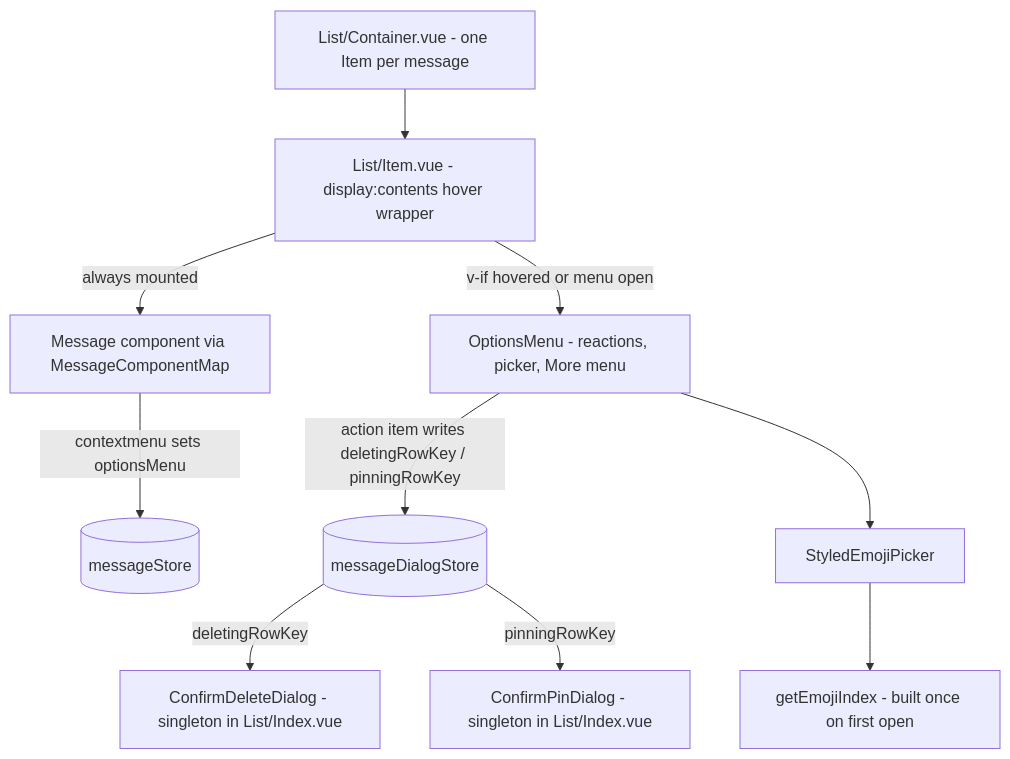
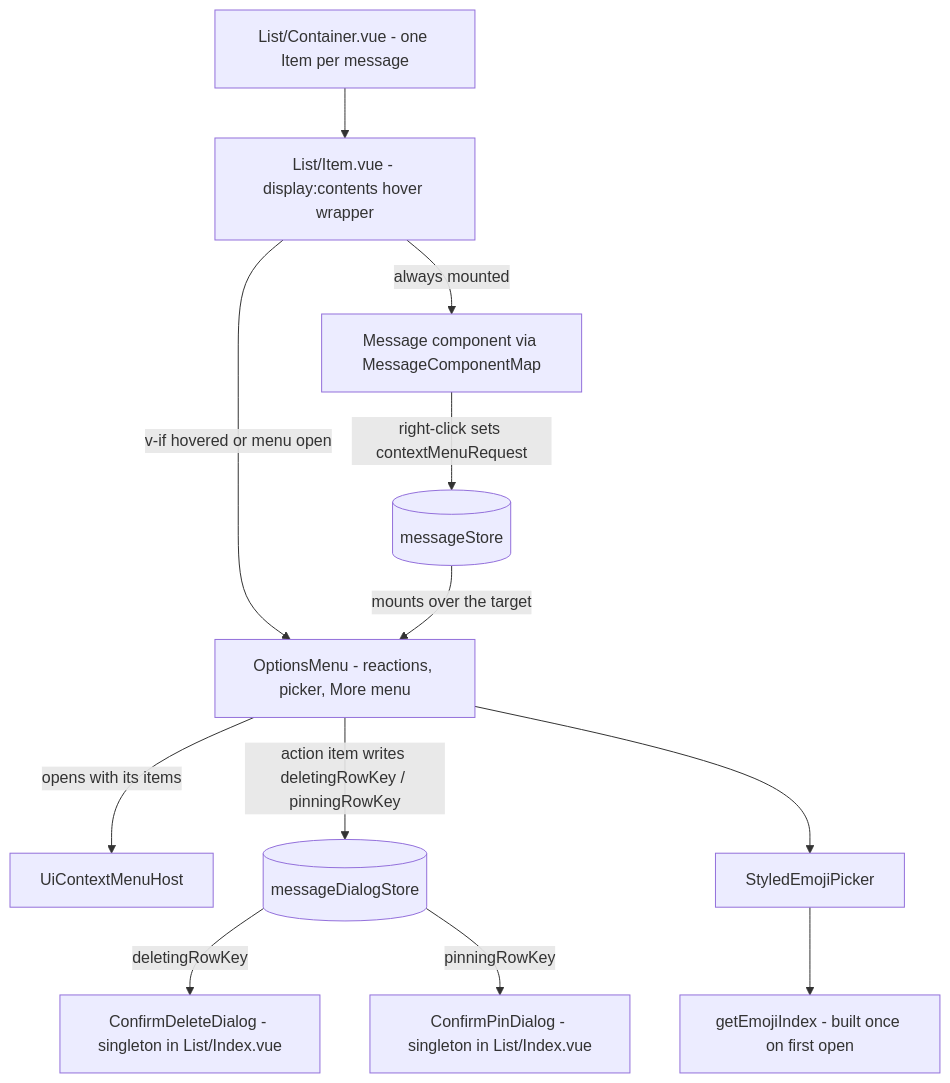
Before and after one commit to Esposter/Esposter: the first of 2 diagrams in apps/web/content/docs/esbabbler/message-list-rendering.md, drawn with Mermaid. The commit also changed other lines of this file and 27 other files, not shown here.

First line of the commit message:
feat(ui): one context menu — right-click, long press or the menu key, over messages, resource rows and the dock

````diff
--- a/apps/web/content/docs/esbabbler/message-list-rendering.md
+++ b/apps/web/content/docs/esbabbler/message-list-rendering.md
@@ -18,12 +18,14 @@
 ```mermaid
 flowchart TD
     C[List/Container.vue - one Item per message] --> I[List/Item.vue - display:contents hover wrapper]
     I -->|always mounted| M[Message component via MessageComponentMap]
     I -->|v-if hovered or menu open| O[OptionsMenu - reactions, picker, More menu]
-    M -->|contextmenu sets optionsMenu| S[(messageStore)]
+    M -->|right-click sets contextMenuRequest| S[(messageStore)]
+    S -->|mounts over the target| O
+    O -->|opens with its items| CM[UiContextMenuHost]
     O -->|action item writes deletingRowKey / pinningRowKey| DS[(messageDialogStore)]
     DS -->|deletingRowKey| D[ConfirmDeleteDialog - singleton in List/Index.vue]
     DS -->|pinningRowKey| P[ConfirmPinDialog - singleton in List/Index.vue]
     O --> E[StyledEmojiPicker]
     E --> X[getEmojiIndex - built once on first open]
 ```
````
